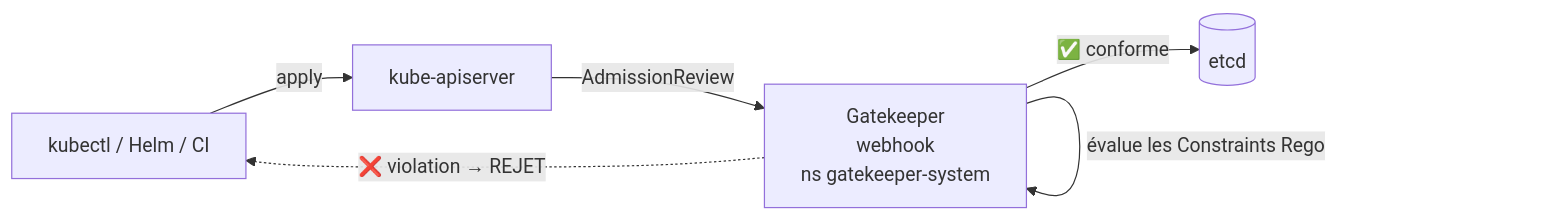
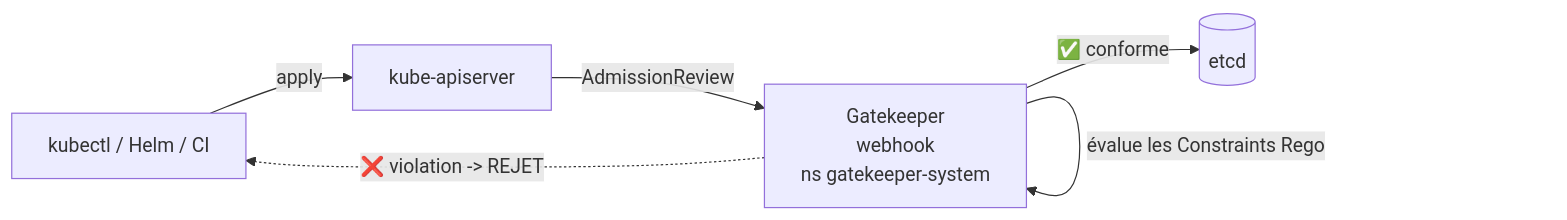
The diagram in docs/gatekeeper.md (PikPakPik/T-CLO-902-NAN_1), drawn with Mermaid before and after one commit. The commit also changed other lines of this file and 16 other files, not shown here.

````diff
--- a/docs/gatekeeper.md
+++ b/docs/gatekeeper.md
@@ -9,8 +9,8 @@
 ```mermaid
 flowchart LR
     user[kubectl / Helm / CI] -->|apply| api[kube-apiserver]
     api -->|AdmissionReview| gk[Gatekeeper\nwebhook\nns gatekeeper-system]
     gk -->|évalue les Constraints Rego| gk
     gk -->|"✅ conforme"| etcd[(etcd)]
-    gk -.->|"❌ violation → REJET"| user
+    gk -.->|"❌ violation -> REJET"| user
 ```
````
